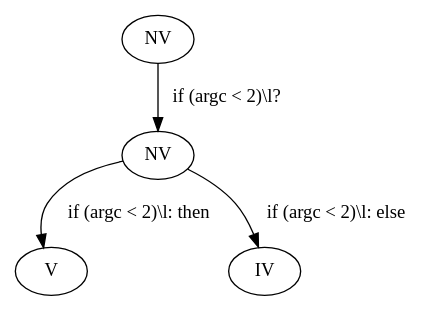
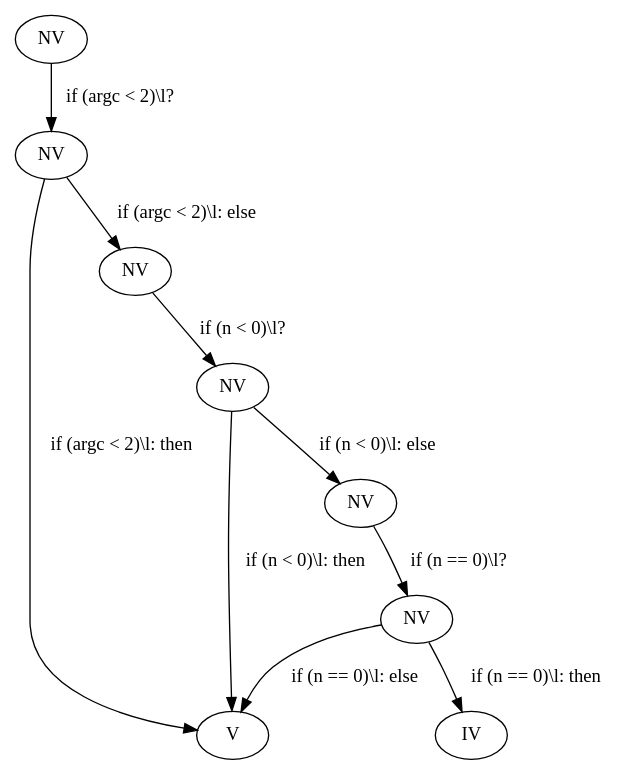
The diagram in llvm/feli/outputs/monitor.dot (FelicitasGarcia/MimicryMonitor), drawn with Graphviz before and after one commit. The commit also changed 32 other files, not shown here.

```diff
--- a/llvm/feli/outputs/monitor.dot
+++ b/llvm/feli/outputs/monitor.dot
@@ -1,10 +1,20 @@
 digraph MM {
-  3 [label="V"];
-  4 [label="IV"];
+  8 [label="V"];
+  9 [label="IV"];
   1 [label="NV"];
   2 [label="NV"];
+  3 [label="NV"];
+  5 [label="NV"];
+  6 [label="NV"];
+  7 [label="NV"];
 
   1 -> 2 [label="if (argc \< 2)\\l?", id=0];
-  2 -> 4 [label="if (argc \< 2)\\l: else", id=1];
-  2 -> 3 [label="if (argc \< 2)\\l: then", id=2];
+  2 -> 3 [label="if (argc \< 2)\\l: else", id=1];
+  2 -> 8 [label="if (argc \< 2)\\l: then", id=2];
+  3 -> 5 [label="if (n \< 0)\\l?", id=3];
+  5 -> 6 [label="if (n \< 0)\\l: else", id=4];
+  5 -> 8 [label="if (n \< 0)\\l: then", id=5];
+  6 -> 7 [label="if (n == 0)\\l?", id=6];
+  7 -> 8 [label="if (n == 0)\\l: else", id=7];
+  7 -> 9 [label="if (n == 0)\\l: then", id=8];
 }
```
